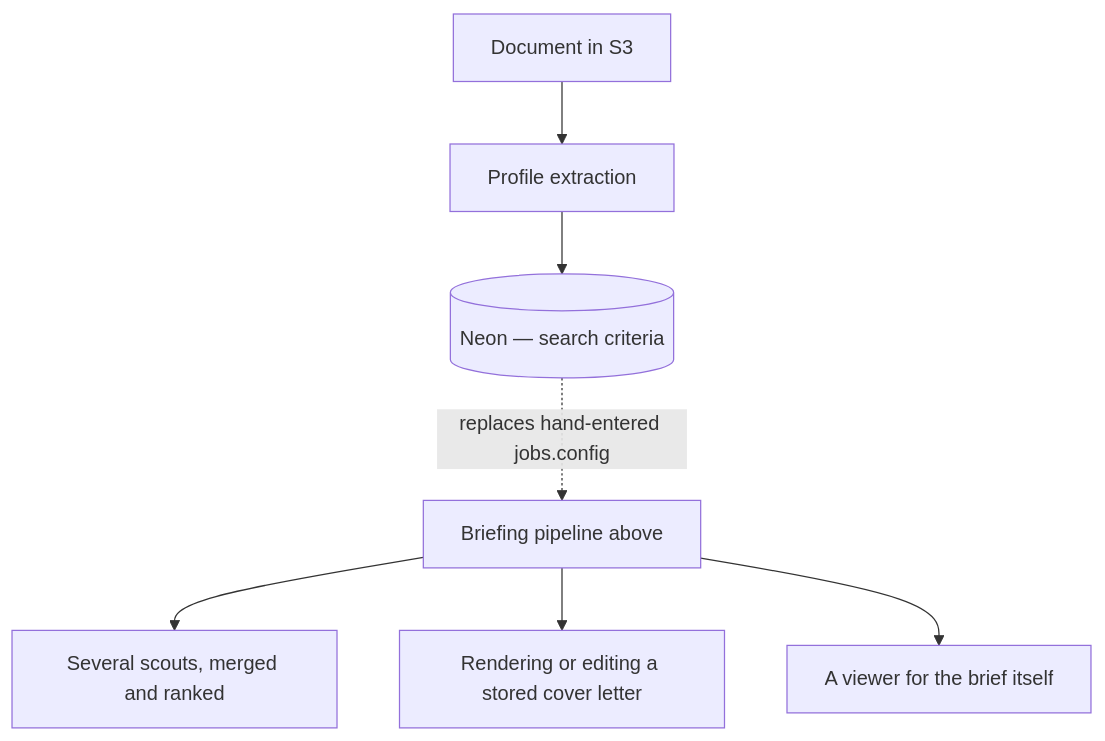
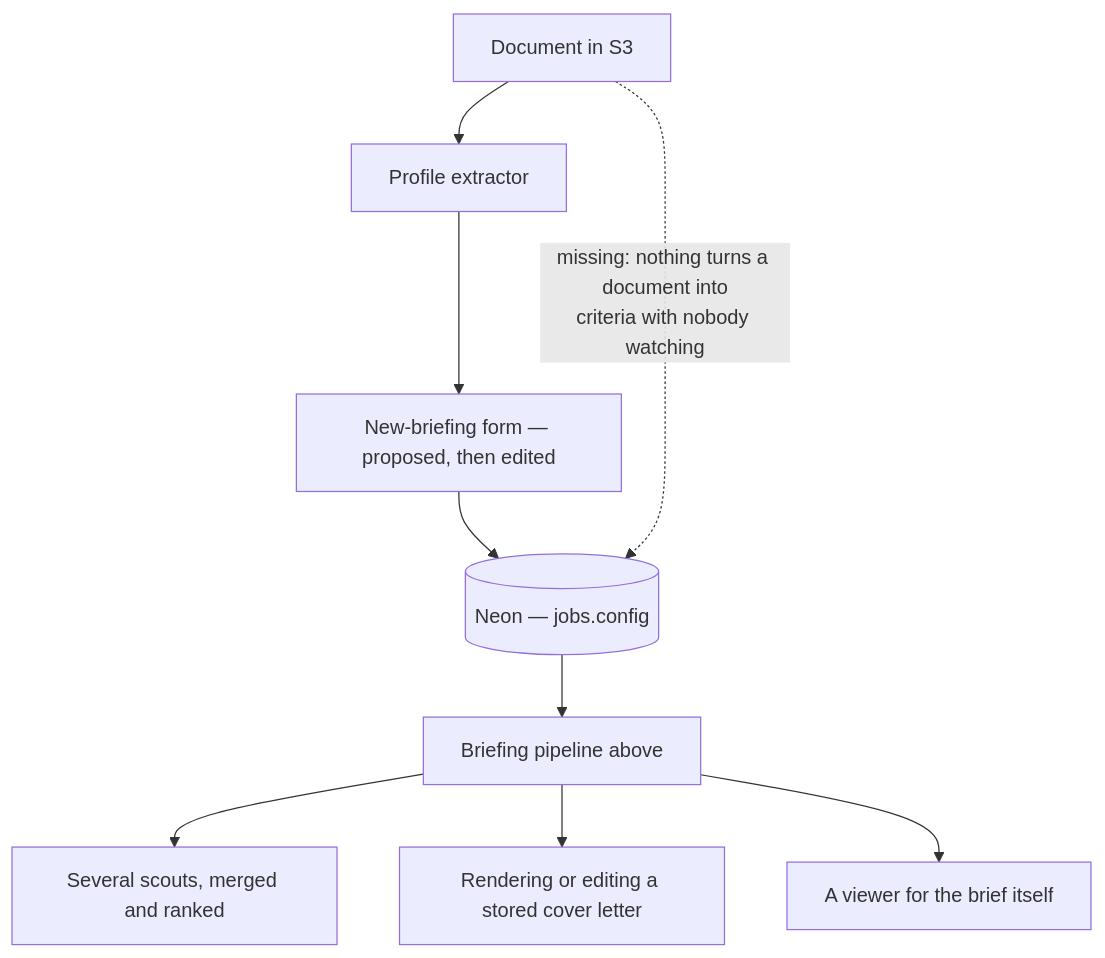
The second of 2 diagrams in OVERVIEW.md (sunnyeyles/control-panel), drawn with Mermaid before and after one commit. The commit also changed other lines of this file and 17 other files, not shown here.

````diff
--- a/OVERVIEW.md
+++ b/OVERVIEW.md
@@ -101,9 +105,11 @@
 ```mermaid
 flowchart TD
-    B[Document in S3] --> C[Profile extraction]
-    C --> D[(Neon — search criteria)]
-    D -.->|replaces hand-entered jobs.config| P[Briefing pipeline above]
+    B[Document in S3] --> C[Profile extractor]
+    C --> F[New-briefing form — proposed, then edited]
+    F --> D[(Neon — jobs.config)]
+    B -.->|missing: nothing turns a document into<br/>criteria with nobody watching| D
+    D --> P[Briefing pipeline above]
     P --> M[Several scouts, merged and ranked]
     P --> N[Rendering or editing a stored cover letter]
     P --> Q[A viewer for the brief itself]
 ```
````
